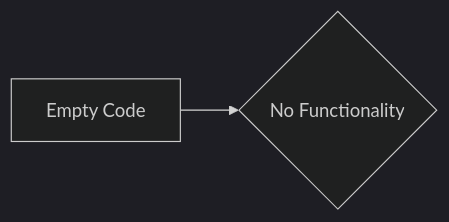
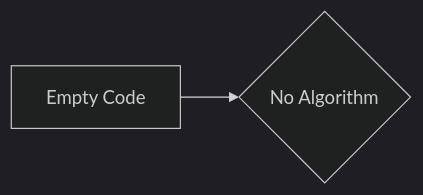
Before and after one commit to hypo69/hypo: the diagram in pytest/gemini/src/endpoints/hypo69/code_assistant/instructions/instruction_code_explainer_md_en.md, drawn with Mermaid (dark theme). The commit also changed other lines of this file and 264 other files, not shown here.

````diff
--- a/pytest/gemini/src/endpoints/hypo69/code_assistant/instructions/instruction_code_explainer_md_en.md
+++ b/pytest/gemini/src/endpoints/hypo69/code_assistant/instructions/instruction_code_explainer_md_en.md
@@ -18,4 +18,4 @@
 ```mermaid
 graph LR
-    A[Empty Code] --> B{No Functionality};
+    A[Empty Code] --> B{No Algorithm};
 ```
````
